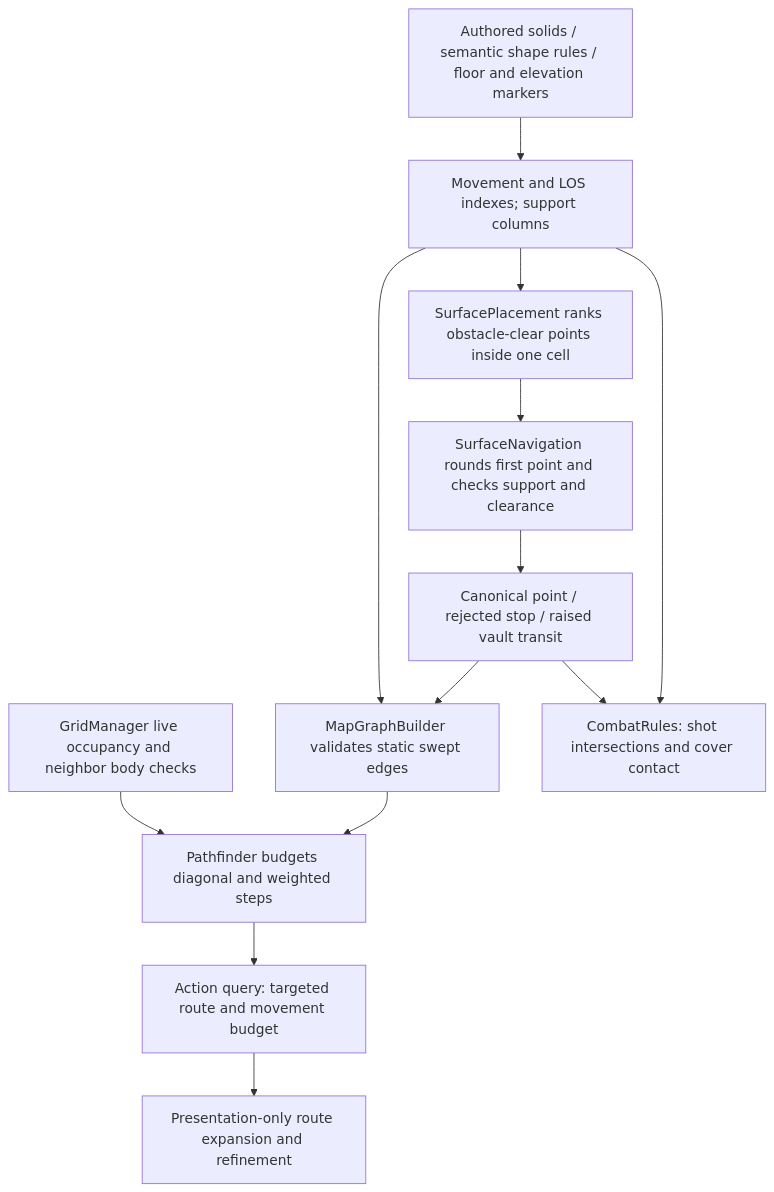
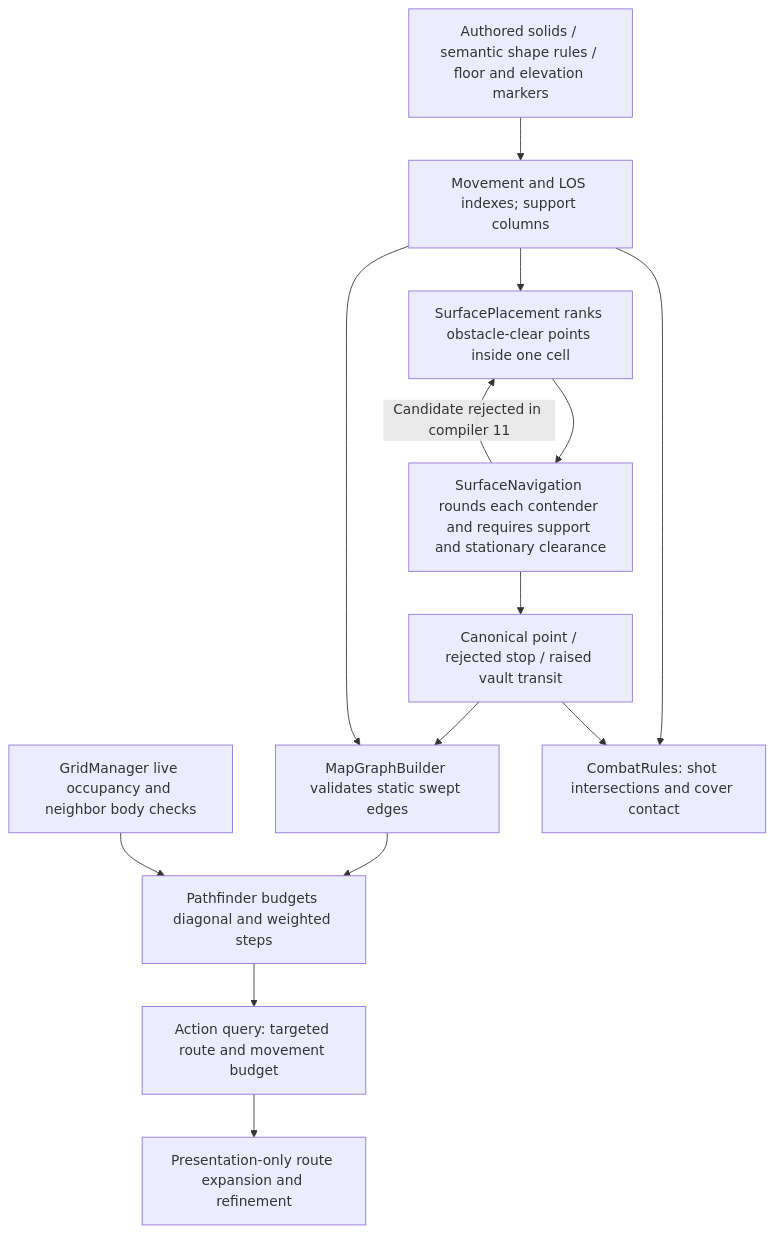
One commit to Melo9002/fusefire-proving-grounds changed the third of 4 diagrams in docs/quality/movement-06-step01-architecture.md. Above: the diagram before and after it, drawn with Mermaid. The commit also changed other lines of this file and 17 other files, not shown here.

````diff
--- a/docs/quality/movement-06-step01-architecture.md
+++ b/docs/quality/movement-06-step01-architecture.md
@@ -57,15 +57,16 @@
 ```mermaid
 flowchart TD
   Inputs["Authored solids / semantic shape rules / floor and elevation markers"] --> Index["Movement and LOS indexes; support columns"]
   Index --> Fit["SurfacePlacement ranks obstacle-clear points inside one cell"]
-  Fit --> Check["SurfaceNavigation rounds first point and checks support and clearance"]
+  Fit --> Check["SurfaceNavigation rounds each contender and requires support and stationary clearance"]
+  Check -->|Candidate rejected in compiler 11| Fit
   Check --> Points["Canonical point / rejected stop / raised vault transit"]
   Points --> Graph["MapGraphBuilder validates static swept edges"]
   Index --> Graph
   Graph --> PF["Pathfinder budgets diagonal and weighted steps"]
   Bodies["GridManager live occupancy and neighbor body checks"] --> PF
   PF --> Scope["Action query: targeted route and movement budget"]
   Index --> LOS["CombatRules: shot intersections and cover contact"]
   Points --> LOS
   Scope --> Refine["Presentation-only route expansion and refinement"]
 ```
````
